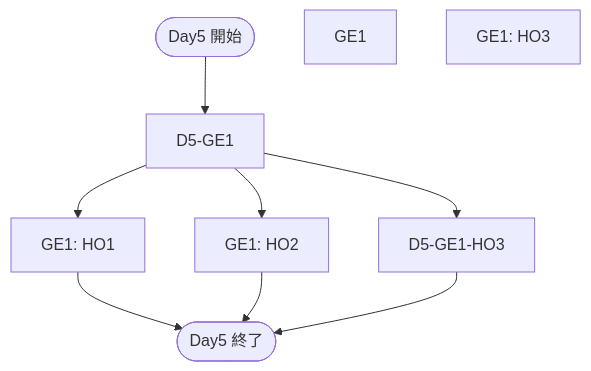
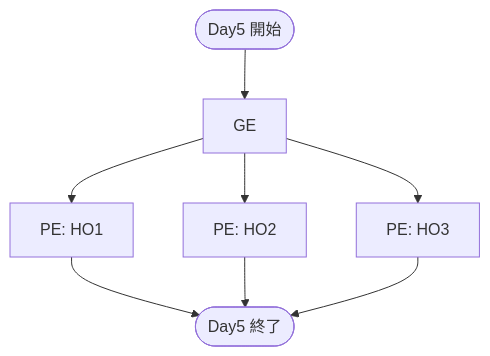
The fifth of 5 diagrams in specs/routing.md (KarasuTatehi/last-resort-disturbance), drawn with Mermaid before and after one commit. The commit also changed other lines of this file, not shown here.

Commit message:
specs/routing.md updated from https://stackedit.io/

````diff
--- a/specs/routing.md
+++ b/specs/routing.md
@@ -135,15 +135,14 @@
 ```mermaid
 flowchart TD
 D5S([Day5 開始])
-D5-GE["GE1"]
-D5-PE-HO1["GE1: HO1"]
-D5-PE-HO2["GE1: HO2"]
-D5-PE-HO3["GE1: HO3"]
+D5-GE["GE"]
+D5-PE-HO1["PE: HO1"]
+D5-PE-HO2["PE: HO2"]
+D5-PE-HO3["PE: HO3"]
 D5E([Day5 終了])
 
 D5S -->
-D5-GE1 -->
-D5-PE-HO1 & D5-PE-HO2 & D5-GE1-HO3 -->
-
+D5-GE -->
+D5-PE-HO1 & D5-PE-HO2 & D5-PE-HO3 -->
 D5E
 ```
````
